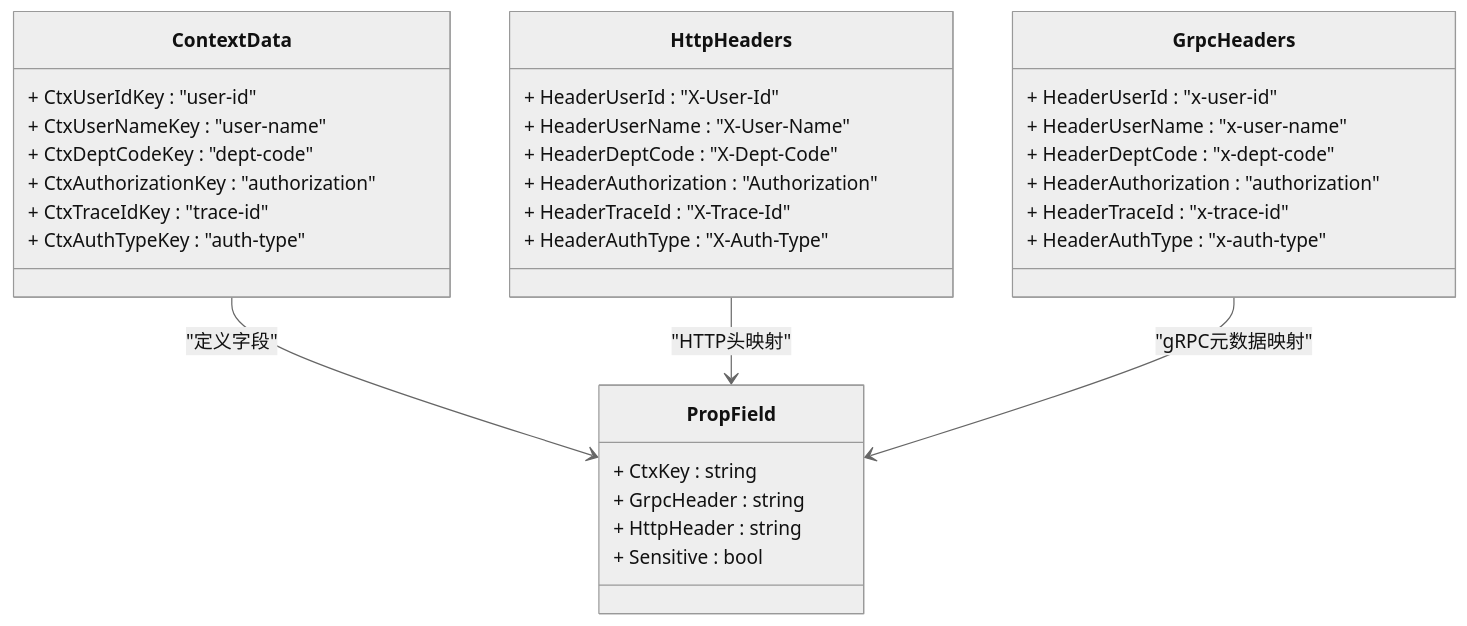
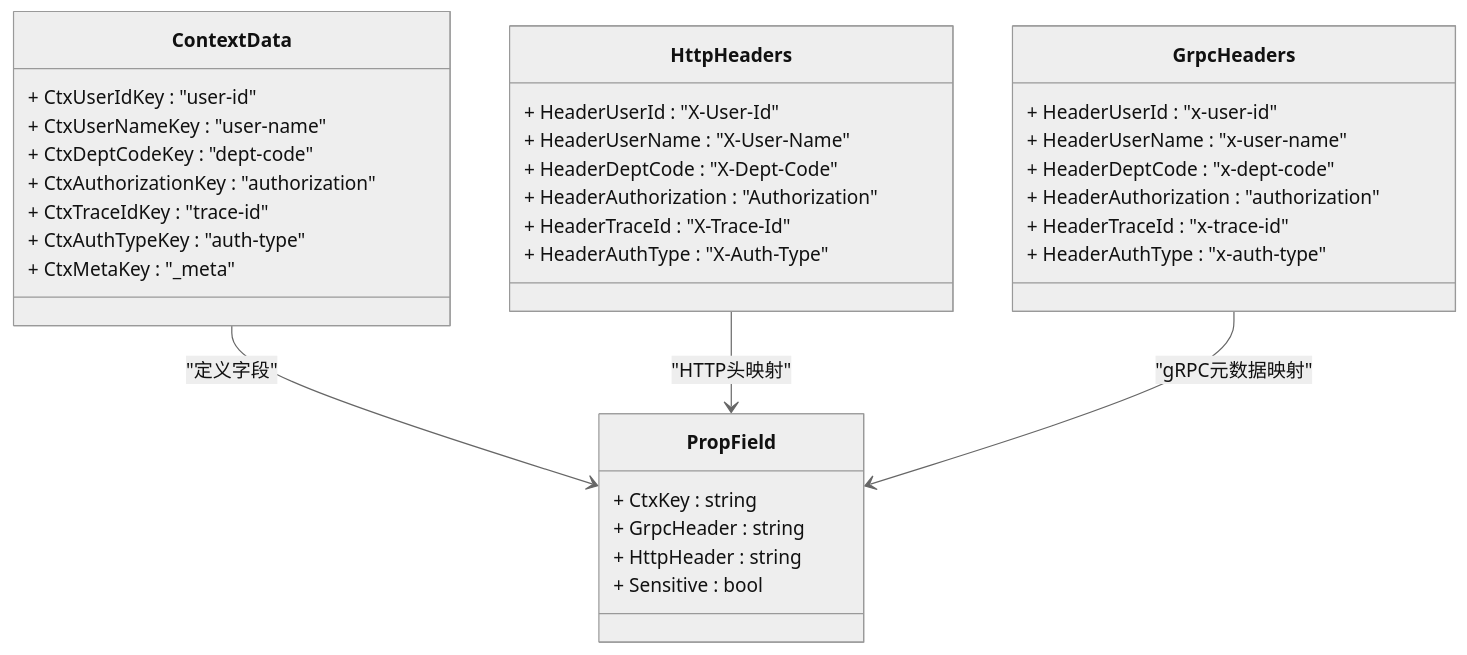
One commit to maomao94/zero-service changed diagram 12 of 25 in .qoder/repowiki/zh/content/核心服务详解/Mcpx客户端包.md. Above: the diagram before and after it, drawn with Mermaid (neutral theme). The commit also changed other lines of this file and 42 other files, not shown here.

````diff
--- a/.qoder/repowiki/zh/content/核心服务详解/Mcpx客户端包.md
+++ b/.qoder/repowiki/zh/content/核心服务详解/Mcpx客户端包.md
@@ -480,36 +584,37 @@
 ```mermaid
 classDiagram
 class PropField {
 + CtxKey : string
 + GrpcHeader : string
 + HttpHeader : string
 + Sensitive : bool
 }
 class ContextData {
 + CtxUserIdKey : "user-id"
 + CtxUserNameKey : "user-name"
 + CtxDeptCodeKey : "dept-code"
 + CtxAuthorizationKey : "authorization"
 + CtxTraceIdKey : "trace-id"
 + CtxAuthTypeKey : "auth-type"
++ CtxMetaKey : "_meta"
 }
 class HttpHeaders {
 + HeaderUserId : "X-User-Id"
 + HeaderUserName : "X-User-Name"
 + HeaderDeptCode : "X-Dept-Code"
 + HeaderAuthorization : "Authorization"
 + HeaderTraceId : "X-Trace-Id"
 + HeaderAuthType : "X-Auth-Type"
 }
 class GrpcHeaders {
 + HeaderUserId : "x-user-id"
 + HeaderUserName : "x-user-name"
 + HeaderDeptCode : "x-dept-code"
 + HeaderAuthorization : "authorization"
 + HeaderTraceId : "x-trace-id"
 + HeaderAuthType : "x-auth-type"
 }
 ContextData --> PropField : "定义字段"
 HttpHeaders --> PropField : "HTTP头映射"
 GrpcHeaders --> PropField : "gRPC元数据映射"
 ```
````
